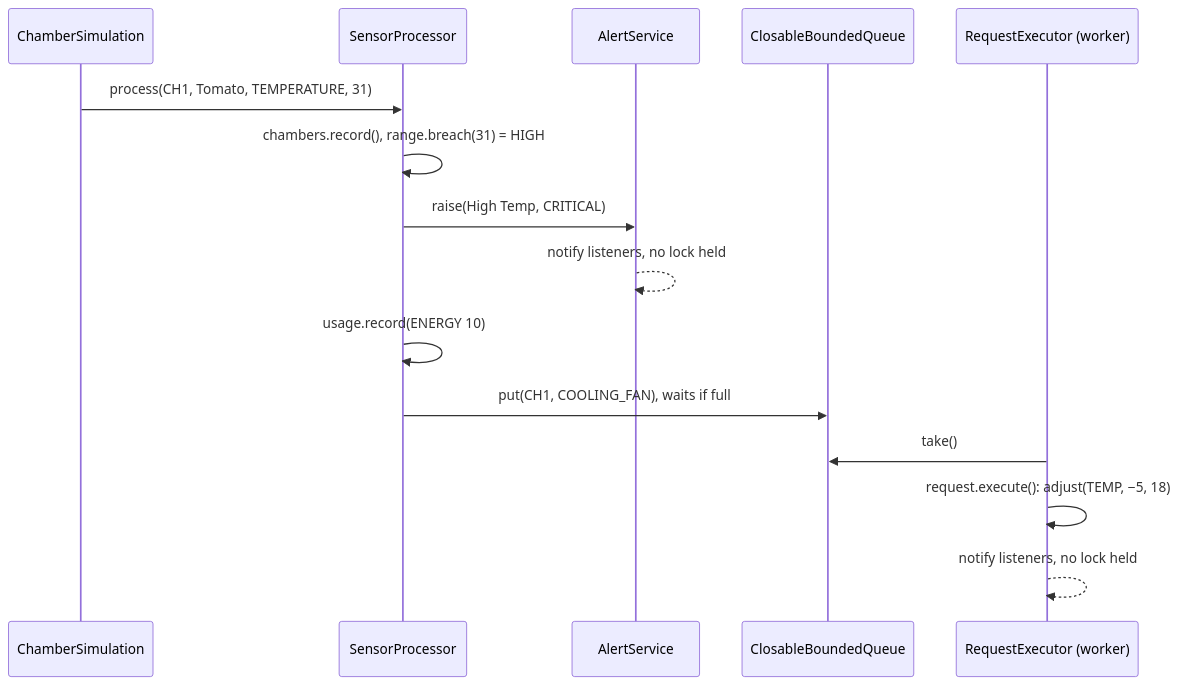
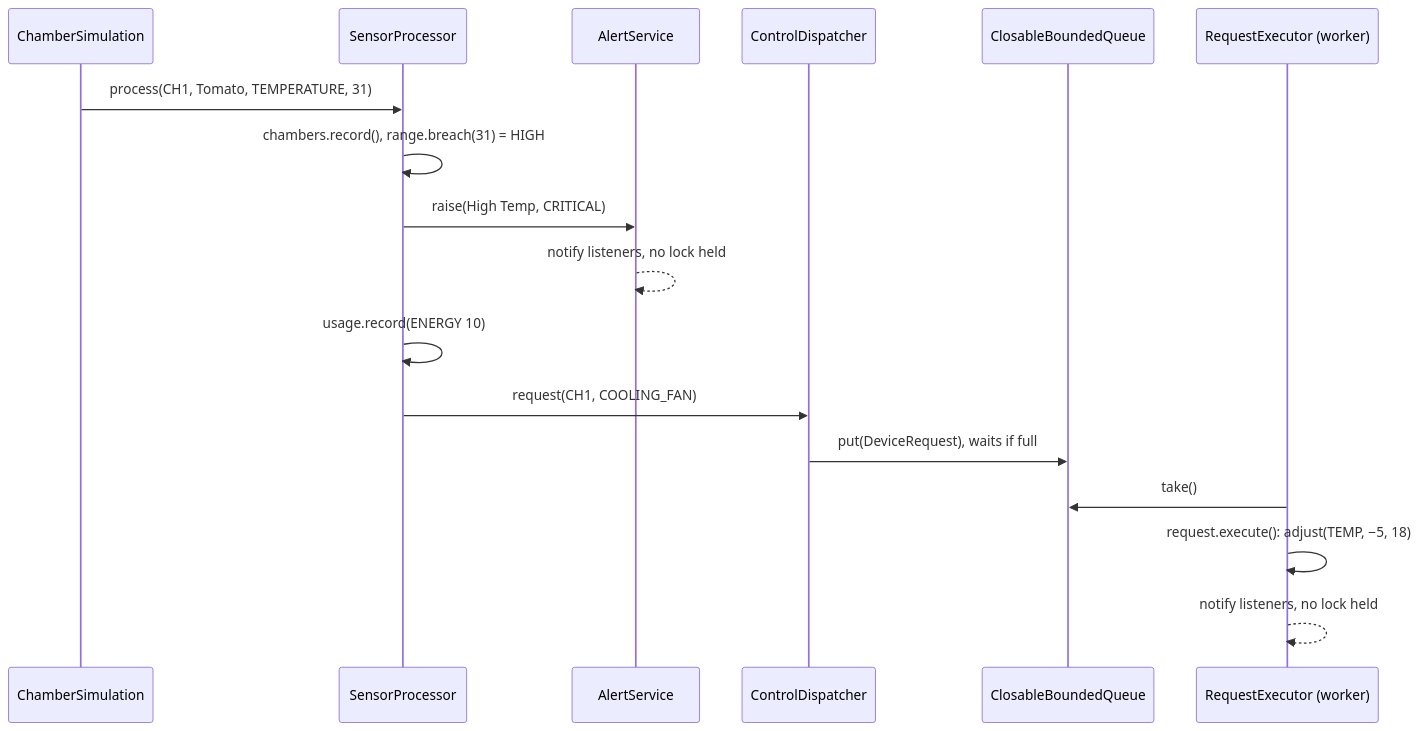
Before and after one commit to jarenlimhaan/se301-svfrms: the second of 4 diagrams in README.md, drawn with Mermaid. The commit also changed other lines of this file and 20 other files, not shown here.

````diff
--- a/README.md
+++ b/README.md
@@ -134,17 +134,19 @@
 ```mermaid
 sequenceDiagram
     participant Sim as ChamberSimulation
     participant SP as SensorProcessor
     participant AS as AlertService
+    participant CD as ControlDispatcher
     participant Q as ClosableBoundedQueue
     participant W as RequestExecutor (worker)
     Sim->>SP: process(CH1, Tomato, TEMPERATURE, 31)
     SP->>SP: chambers.record(), range.breach(31) = HIGH
     SP->>AS: raise(High Temp, CRITICAL)
     AS-->>AS: notify listeners, no lock held
     SP->>SP: usage.record(ENERGY 10)
-    SP->>Q: put(CH1, COOLING_FAN), waits if full
+    SP->>CD: request(CH1, COOLING_FAN)
+    CD->>Q: put(DeviceRequest), waits if full
     W->>Q: take()
     W->>W: request.execute(): adjust(TEMP, −5, 18)
     W-->>W: notify listeners, no lock held
 ```
````
